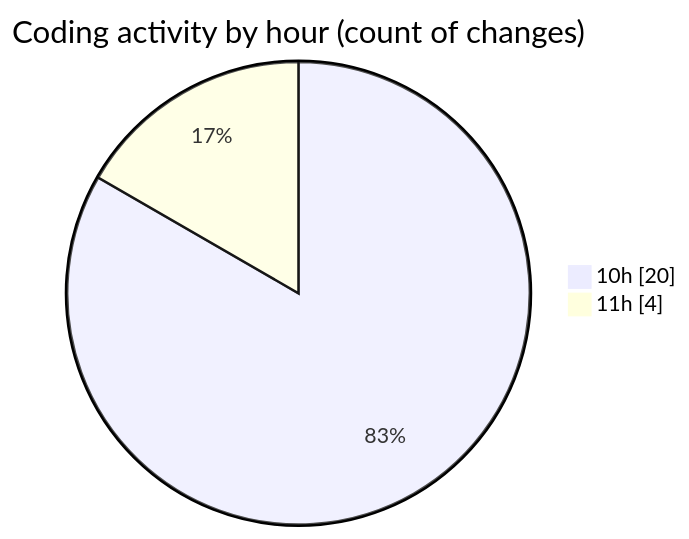
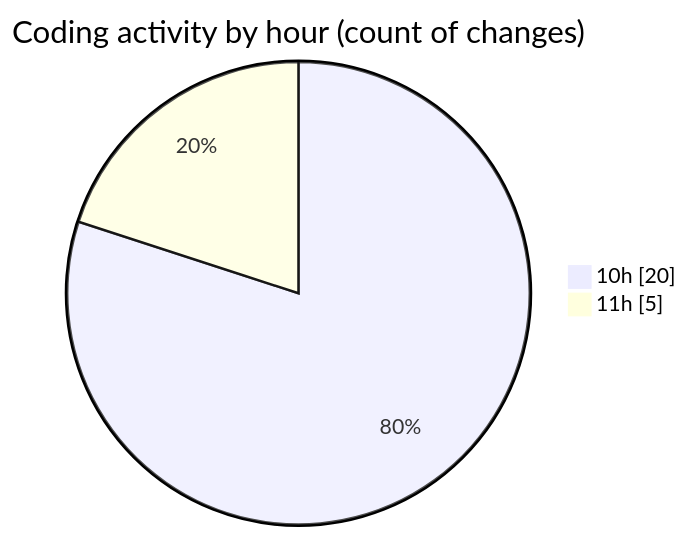
The second of 2 diagrams in 2026-02-20/nxtqube_webapp/README.md (nxtqubesakshisongat/code-tracking), drawn with Mermaid before and after one commit. The commit also changed other lines of this file and 1 other file, not shown here.

````diff
--- a/2026-02-20/nxtqube_webapp/README.md
+++ b/2026-02-20/nxtqube_webapp/README.md
@@ -38,6 +38,6 @@
 ```mermaid
 pie showData
 title Coding activity by hour (count of changes)
 "10h" : 20
-"11h" : 4
+"11h" : 5
 ```
````
